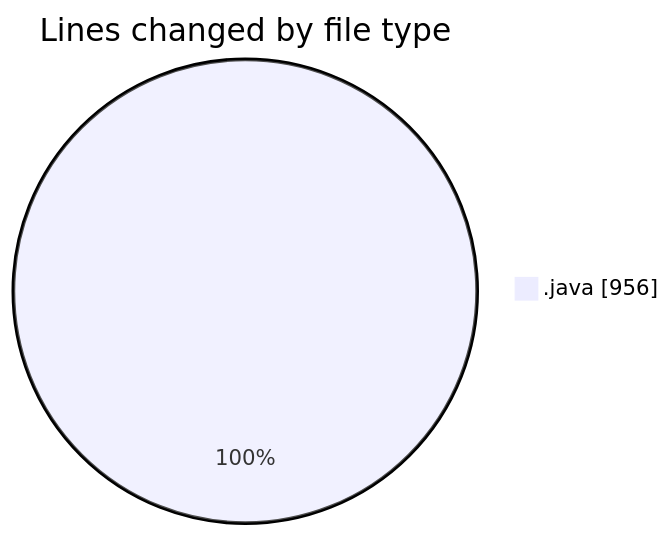
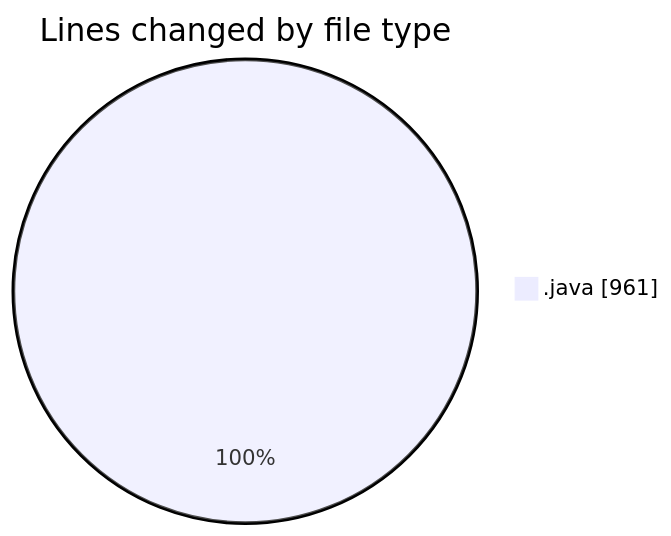
Before and after one commit to CELIANVF/code-tracking: the first of 2 diagrams in 2025-04-03/projet_de_base/README.md, drawn with Mermaid. The commit also changed other lines of this file and 1 other file, not shown here.

````diff
--- a/2025-04-03/projet_de_base/README.md
+++ b/2025-04-03/projet_de_base/README.md
@@ -25,5 +25,5 @@
 ```mermaid
 pie showData
 title Lines changed by file type
-".java" : 956
+".java" : 961
 ```
````
